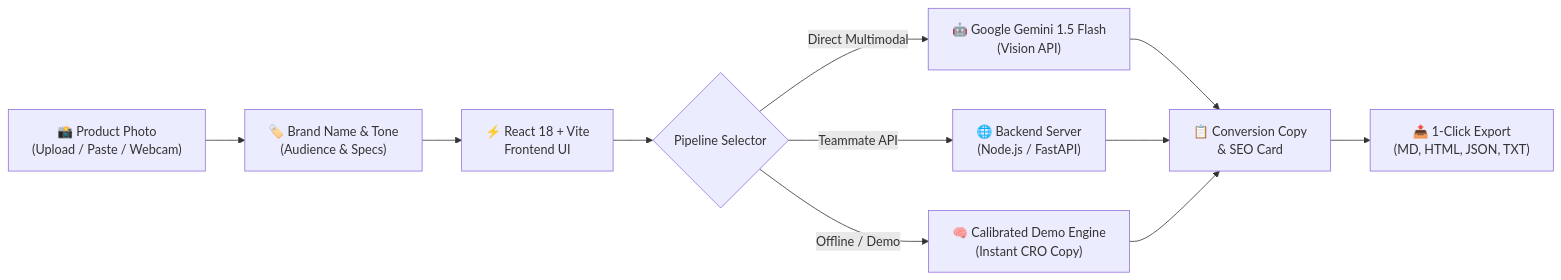
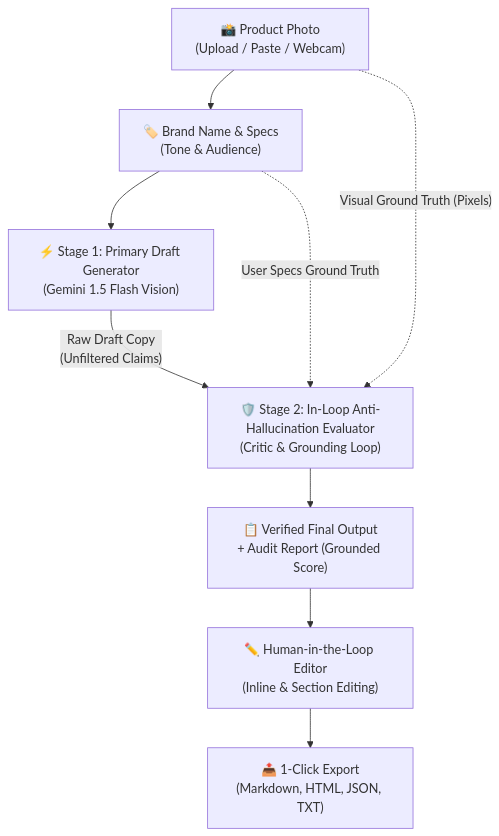
Before and after one commit to Joseph-mappila/CurioCET: the diagram in readme.md, drawn with Mermaid. The commit also changed other lines of this file, not shown here.

Commit message:
docs: document in-loop anti-hallucination evaluator architecture and run.sh

````diff
--- a/readme.md
+++ b/readme.md
@@ -56,11 +32,11 @@
 ```mermaid
-flowchart LR
-    A["📸 Product Photo\n(Upload / Paste / Webcam)"] --> B["🏷️ Brand Name & Tone\n(Audience & Specs)"]
-    B --> C["⚡ React 18 + Vite\nFrontend UI"]
-    C --> D{"Pipeline Selector"}
-    D -->|"Direct Multimodal"| E["🤖 Google Gemini 1.5 Flash\n(Vision API)"]
-    D -->|"Teammate API"| F["🌐 Backend Server\n(Node.js / FastAPI)"]
-    D -->|"Offline / Demo"| G["🧠 Calibrated Demo Engine\n(Instant CRO Copy)"]
-    E & F & G --> H["📋 Conversion Copy\n& SEO Card"]
-    H --> I["📤 1-Click Export\n(MD, HTML, JSON, TXT)"]
+flowchart TD
+    A["📸 Product Photo\n(Upload / Paste / Webcam)"] --> B["🏷️ Brand Name & Specs\n(Tone & Audience)"]
+    B --> C["⚡ Stage 1: Primary Draft Generator\n(Gemini 1.5 Flash Vision)"]
+    C -->|"Raw Draft Copy\n(Unfiltered Claims)"| D["🛡️ Stage 2: In-Loop Anti-Hallucination Evaluator\n(Critic & Grounding Loop)"]
+    A -.->|"Visual Ground Truth (Pixels)"| D
+    B -.->|"User Specs Ground Truth"| D
+    D --> E["📋 Verified Final Output\n+ Audit Report (Grounded Score)"]
+    E --> F["✏️ Human-in-the-Loop Editor\n(Inline & Section Editing)"]
+    F --> G["📤 1-Click Export\n(Markdown, HTML, JSON, TXT)"]
 ```
````
